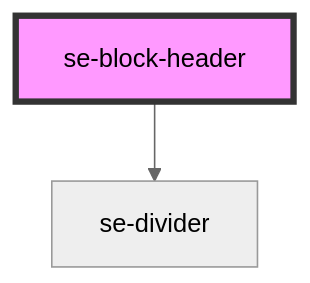
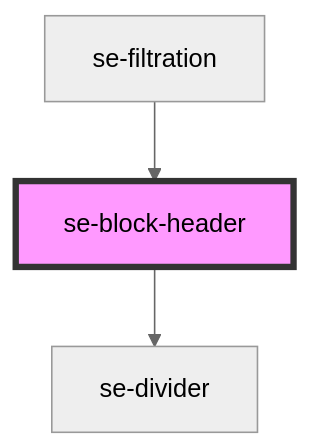
The diagram in libs/core/src/components/block-header/readme.md (robbiemcmullense/se-web-ui), drawn with Mermaid (neutral theme) before and after one commit. The commit also changed other lines of this file and 11 other files, not shown here.

````diff
--- a/libs/core/src/components/block-header/readme.md
+++ b/libs/core/src/components/block-header/readme.md
@@ -27,5 +31,6 @@
 ```mermaid
 graph TD;
   se-block-header --> se-divider
+  se-filtration --> se-block-header
   style se-block-header fill:#f9f,stroke:#333,stroke-width:4px
 ```
````
